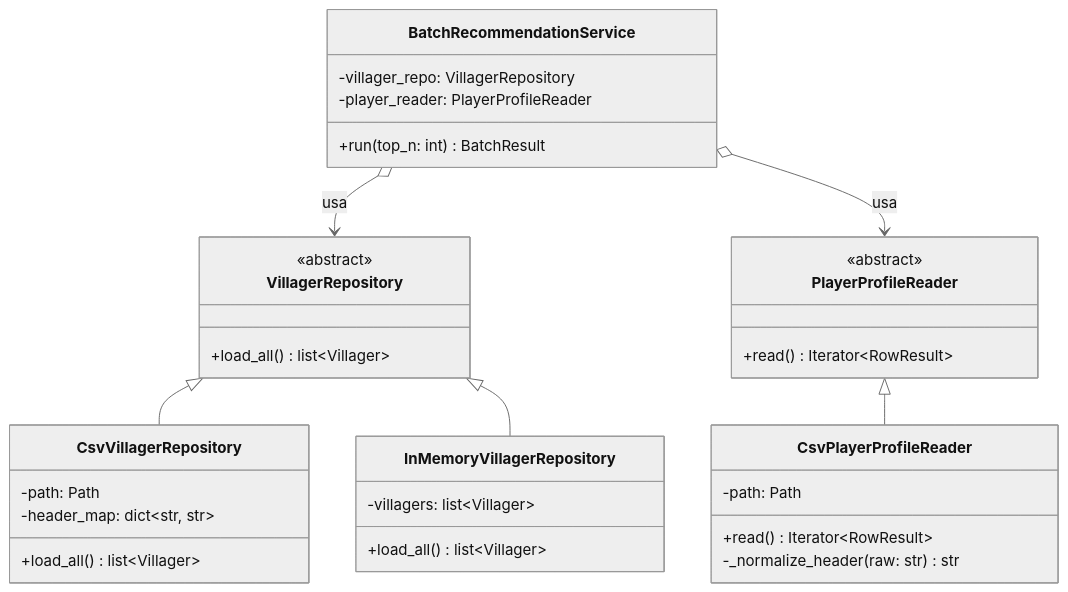
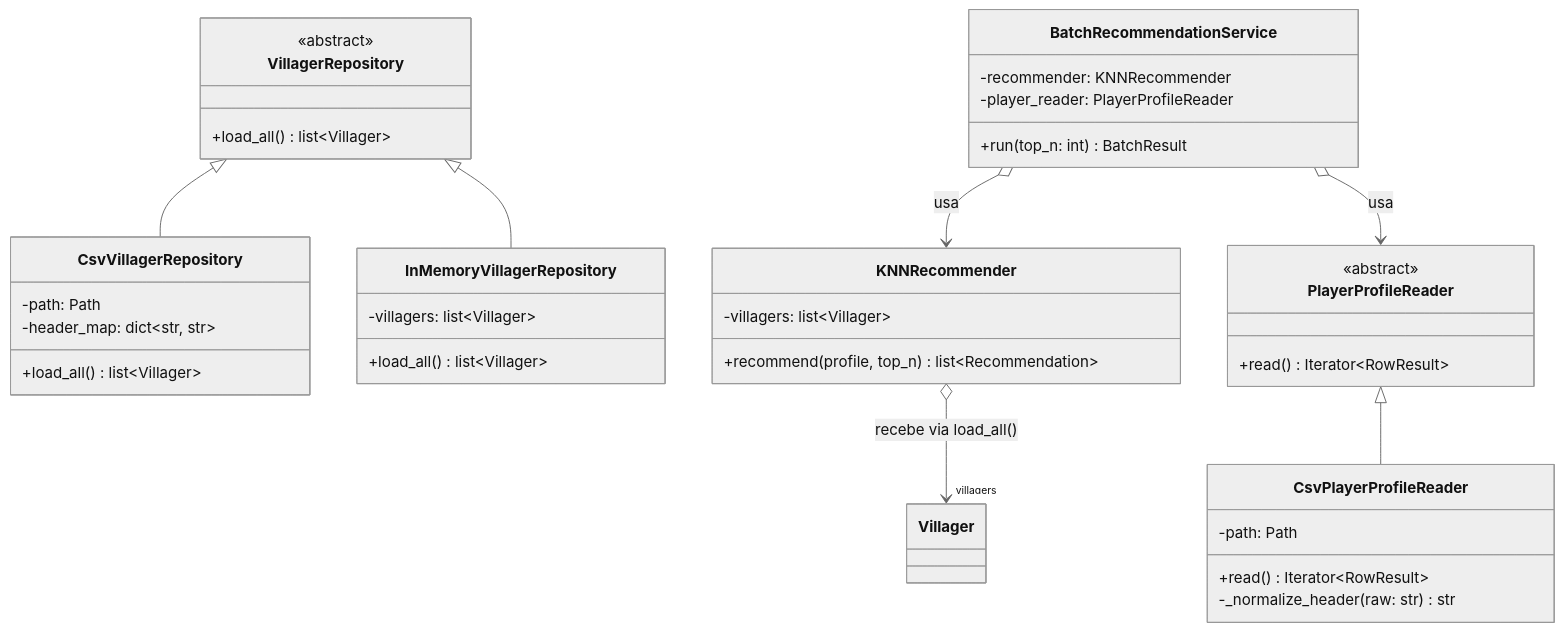
The second of 2 diagrams in docs/arquitetura.md (Paludeto/nook-matcher), drawn with Mermaid (neutral theme) before and after one commit. The commit also changed other lines of this file and 1 other file, not shown here.

````diff
--- a/docs/arquitetura.md
+++ b/docs/arquitetura.md
@@ -131,35 +189,40 @@
 ```mermaid
 classDiagram
     class VillagerRepository {
         <<abstract>>
         +load_all() list~Villager~
     }
     class CsvVillagerRepository {
         -path: Path
         -header_map: dict~str, str~
         +load_all() list~Villager~
     }
     class InMemoryVillagerRepository {
         -villagers: list~Villager~
         +load_all() list~Villager~
     }
     class PlayerProfileReader {
         <<abstract>>
         +read() Iterator~RowResult~
     }
     class CsvPlayerProfileReader {
         -path: Path
         +read() Iterator~RowResult~
         -_normalize_header(raw: str) str
     }
+    class KNNRecommender {
+        -villagers: list~Villager~
+        +recommend(profile, top_n) list~Recommendation~
+    }
     class BatchRecommendationService {
-        -villager_repo: VillagerRepository
+        -recommender: KNNRecommender
         -player_reader: PlayerProfileReader
         +run(top_n: int) BatchResult
     }
     VillagerRepository <|-- CsvVillagerRepository
     VillagerRepository <|-- InMemoryVillagerRepository
     PlayerProfileReader <|-- CsvPlayerProfileReader
-    BatchRecommendationService o--> VillagerRepository : usa
+    KNNRecommender o--> "villagers" Villager : recebe via load_all()
+    BatchRecommendationService o--> KNNRecommender : usa
     BatchRecommendationService o--> PlayerProfileReader : usa
 ```
````
